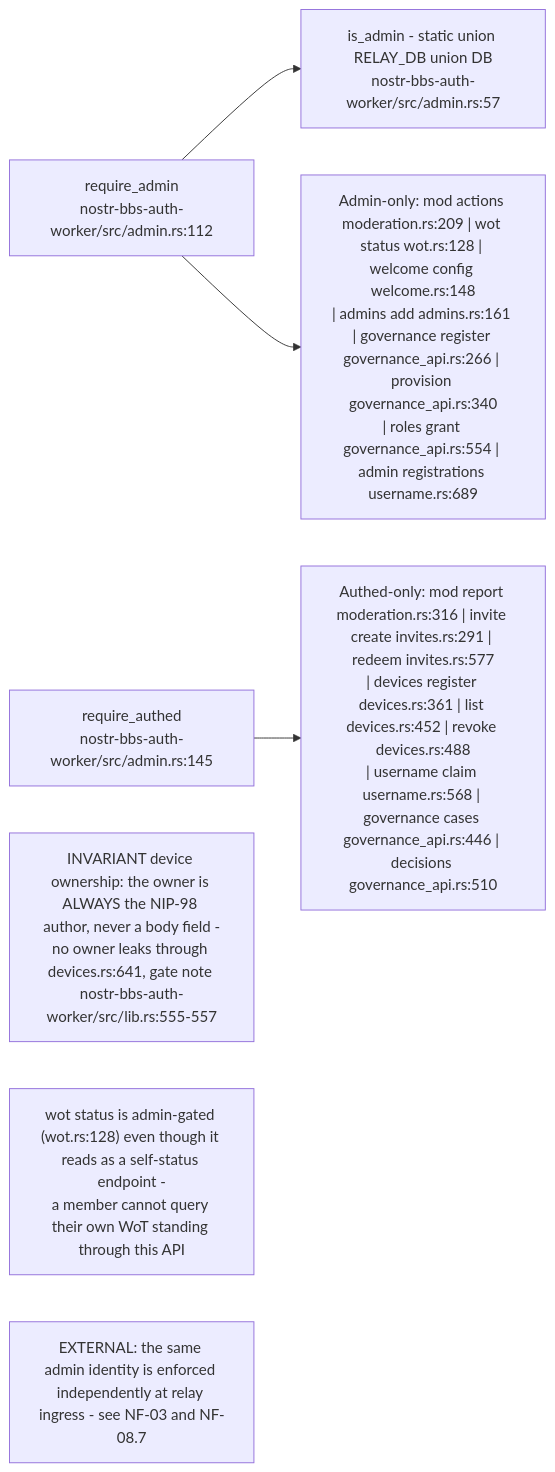
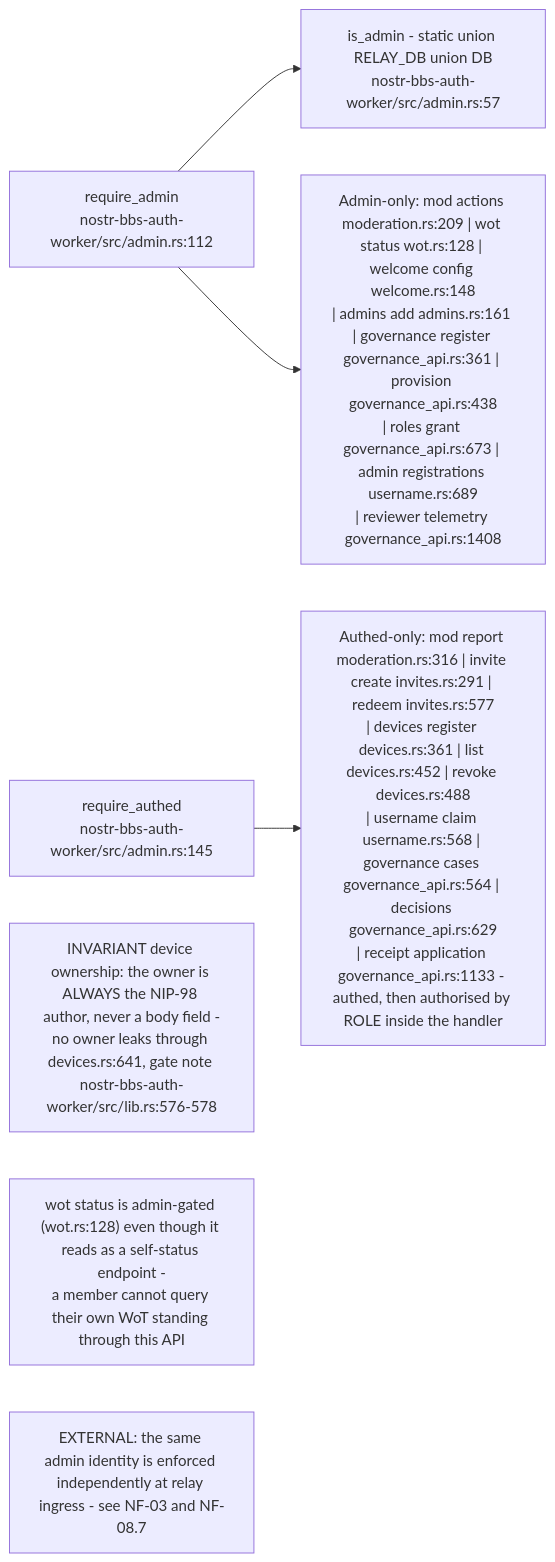
Before and after one commit to DreamLab-AI/VisionFlow: the sixth of 10 diagrams in docs/diagrams/nostr-rust-forum/02-auth-worker-passkey-nip98-and-membership.md, drawn with Mermaid. The commit also changed other lines of this file and 11 other files, not shown here.

````diff
--- a/docs/diagrams/nostr-rust-forum/02-auth-worker-passkey-nip98-and-membership.md
+++ b/docs/diagrams/nostr-rust-forum/02-auth-worker-passkey-nip98-and-membership.md
@@ -194,17 +194,17 @@
 ```mermaid
 flowchart LR
     RA["require_admin<br/>nostr-bbs-auth-worker/src/admin.rs:112"]
     RU["require_authed<br/>nostr-bbs-auth-worker/src/admin.rs:145"]
     ISA["is_admin - static union RELAY_DB union DB<br/>nostr-bbs-auth-worker/src/admin.rs:57"]
 
     RA --> ISA
-    ADMINONLY["Admin-only: mod actions moderation.rs:209 | wot status wot.rs:128 | welcome config welcome.rs:148<br/>| admins add admins.rs:161 | governance register governance_api.rs:266 | provision governance_api.rs:340<br/>| roles grant governance_api.rs:554 | admin registrations username.rs:689"]
-    AUTHED["Authed-only: mod report moderation.rs:316 | invite create invites.rs:291 | redeem invites.rs:577<br/>| devices register devices.rs:361 | list devices.rs:452 | revoke devices.rs:488<br/>| username claim username.rs:568 | governance cases governance_api.rs:446 | decisions governance_api.rs:510"]
+    ADMINONLY["Admin-only: mod actions moderation.rs:209 | wot status wot.rs:128 | welcome config welcome.rs:148<br/>| admins add admins.rs:161 | governance register governance_api.rs:361 | provision governance_api.rs:438<br/>| roles grant governance_api.rs:673 | admin registrations username.rs:689<br/>| reviewer telemetry governance_api.rs:1408"]
+    AUTHED["Authed-only: mod report moderation.rs:316 | invite create invites.rs:291 | redeem invites.rs:577<br/>| devices register devices.rs:361 | list devices.rs:452 | revoke devices.rs:488<br/>| username claim username.rs:568 | governance cases governance_api.rs:564 | decisions governance_api.rs:629<br/>| receipt application governance_api.rs:1133 - authed, then authorised by ROLE inside the handler"]
 
     RA --> ADMINONLY
     RU --> AUTHED
 
-    N1["INVARIANT device ownership: the owner is ALWAYS the NIP-98 author, never a body field -<br/>no owner leaks through devices.rs:641, gate note nostr-bbs-auth-worker/src/lib.rs:555-557"]
+    N1["INVARIANT device ownership: the owner is ALWAYS the NIP-98 author, never a body field -<br/>no owner leaks through devices.rs:641, gate note nostr-bbs-auth-worker/src/lib.rs:576-578"]
     N2["wot status is admin-gated (wot.rs:128) even though it reads as a self-status endpoint -<br/>a member cannot query their own WoT standing through this API"]
     N3["EXTERNAL: the same admin identity is enforced independently at relay ingress - see NF-03 and NF-08.7"]
 ```
````
